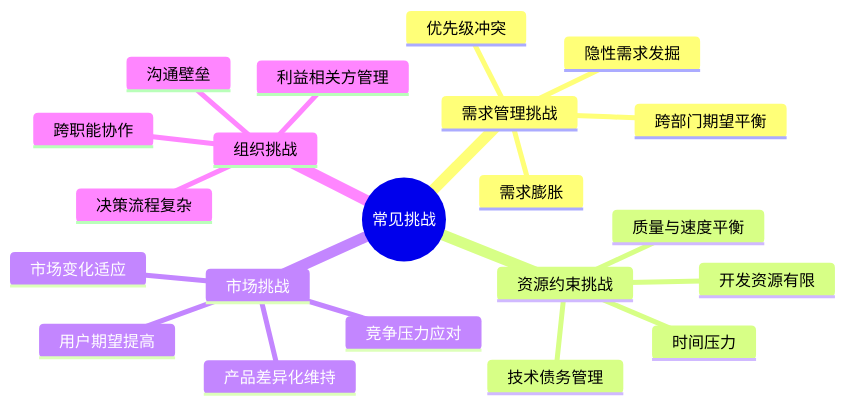
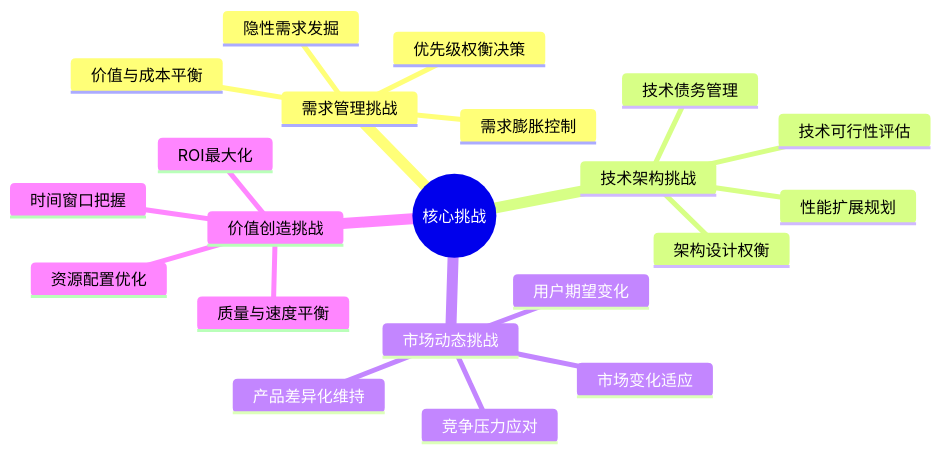
One commit to yuyuan-cs/PromptX changed the third of 3 diagrams in domain/scrum/thought/product-owner.thought.md. Above: the diagram before and after it, drawn with Mermaid. The commit also changed other lines of this file and 12 other files, not shown here.

Commit message:
更新`.gitignore`文件，新增对`requirements/`目录的忽略规则。更新产品负责人执行文档，调整角色名称，优化工作流程图，增加最佳实践和评估标准，提升文档的清晰度和指导性。更新产品负责人思维模式图谱，增强技术架构和简约性原则的描述。更新产品管理最佳实践，明确AI产品负责人的职责和决策框架，确保文档内容的准确性和实用性。

````diff
--- a/domain/scrum/thought/product-owner.thought.md
+++ b/domain/scrum/thought/product-owner.thought.md
@@ -92,24 +119,24 @@
     ```mermaid
     mindmap
-      root((常见挑战))
+      root((核心挑战))
         需求管理挑战
-          需求膨胀
-          优先级冲突
+          需求膨胀控制
+          优先级权衡决策
           隐性需求发掘
-          跨部门期望平衡
-        资源约束挑战
-          开发资源有限
-          时间压力
+          价值与成本平衡
+        技术架构挑战
+          技术可行性评估
+          架构设计权衡
           技术债务管理
-          质量与速度平衡
-        市场挑战
+          性能扩展规划
+        市场动态挑战
           竞争压力应对
           市场变化适应
-          用户期望提高
+          用户期望变化
           产品差异化维持
-        组织挑战
-          沟通壁垒
-          决策流程复杂
-          利益相关方管理
-          跨职能协作
+        价值创造挑战
+          ROI最大化
+          资源配置优化
+          时间窗口把握
+          质量与速度平衡
     ```
````
